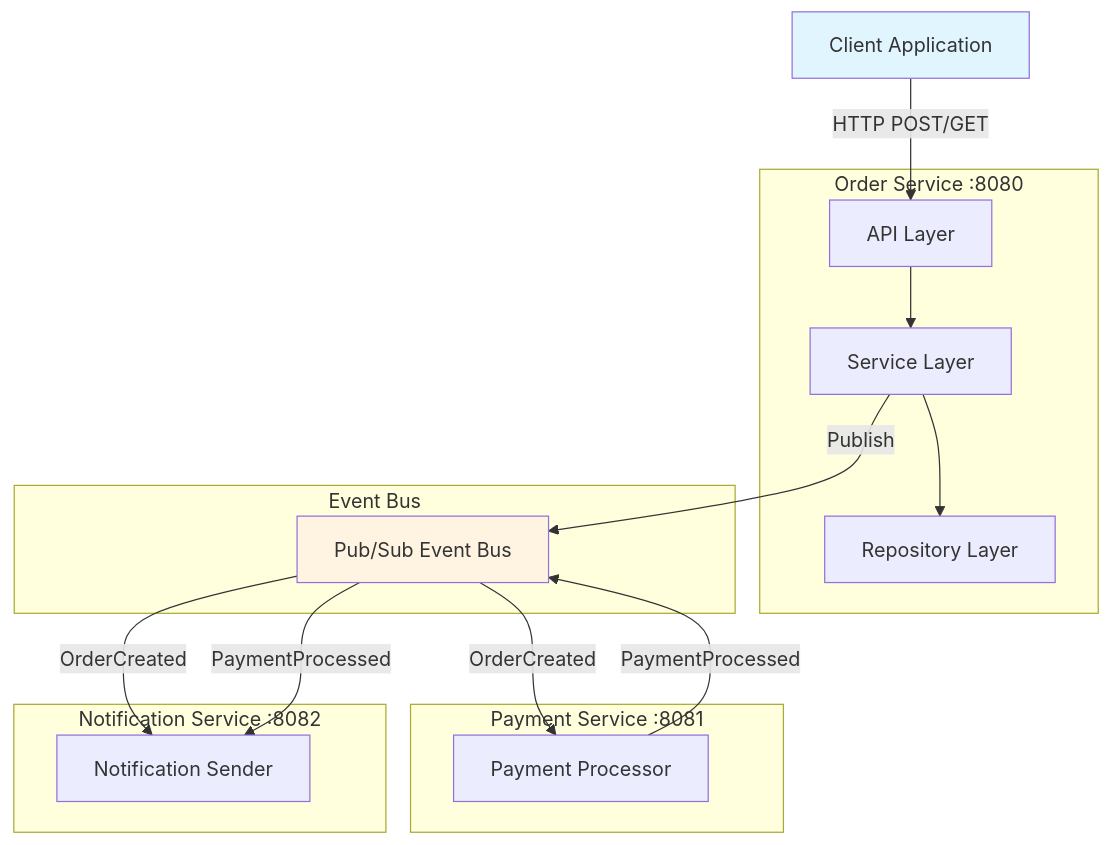
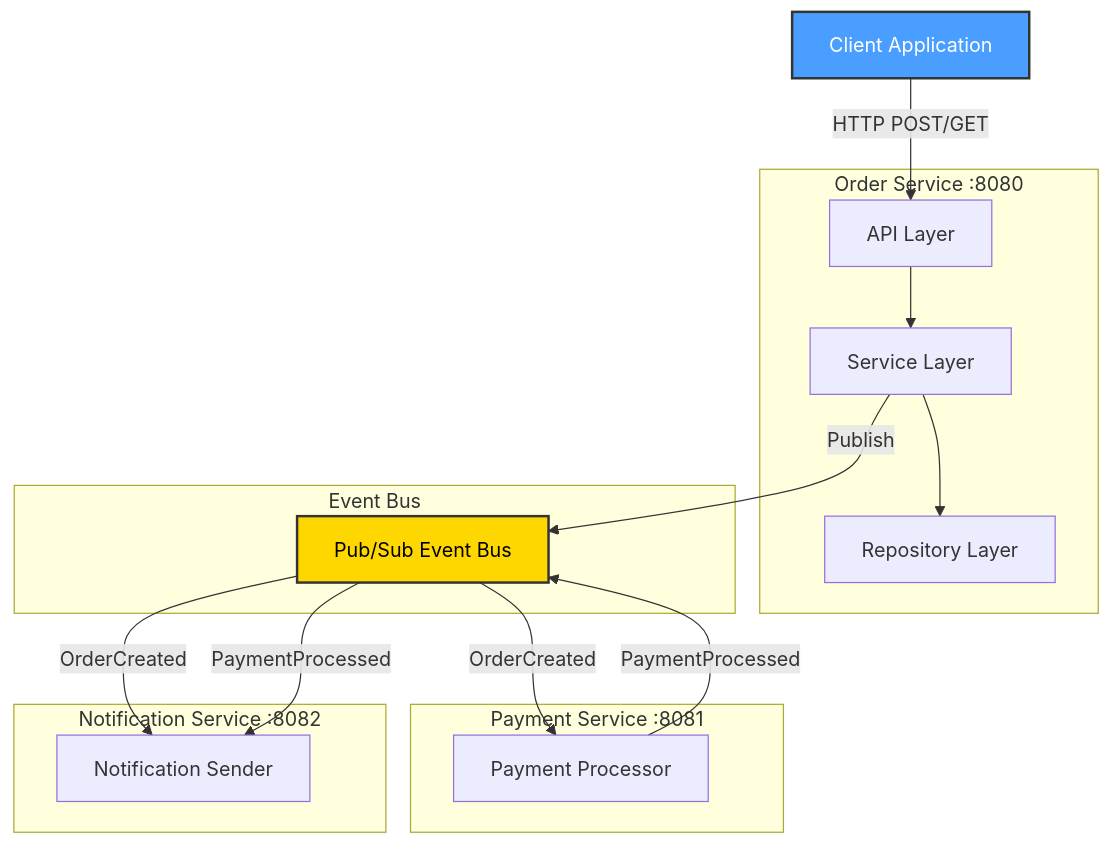
The first of 6 diagrams in Level_3/Semester_1/Distributed_Systems/Project/System_Architecture_in_Distributed_Systems/README.md (elewashy/Tanta-University), drawn with Mermaid before and after one commit. The commit also changed other lines of this file and 4 other files, not shown here.

````diff
--- a/Level_3/Semester_1/Distributed_Systems/Project/System_Architecture_in_Distributed_Systems/README.md
+++ b/Level_3/Semester_1/Distributed_Systems/Project/System_Architecture_in_Distributed_Systems/README.md
@@ -39,33 +39,33 @@
 ```mermaid
 graph TB
     Client[Client Application]
     
     subgraph "Order Service :8080"
         API[API Layer]
         Service[Service Layer]
         Repo[Repository Layer]
         API --> Service --> Repo
     end
     
     subgraph "Event Bus"
         EventBus[Pub/Sub Event Bus]
     end
     
     subgraph "Payment Service :8081"
         Payment[Payment Processor]
     end
     
     subgraph "Notification Service :8082"
         Notification[Notification Sender]
     end
     
     Client -->|HTTP POST/GET| API
     Service -->|Publish| EventBus
     EventBus -->|OrderCreated| Payment
     EventBus -->|OrderCreated| Notification
     Payment -->|PaymentProcessed| EventBus
     EventBus -->|PaymentProcessed| Notification
     
-    style EventBus fill:#fff4e1
-    style Client fill:#e1f5ff
+    style EventBus fill:#ffd700,stroke:#333,stroke-width:2px,color:#000
+    style Client fill:#4a9eff,stroke:#333,stroke-width:2px,color:#fff
 ```
````
